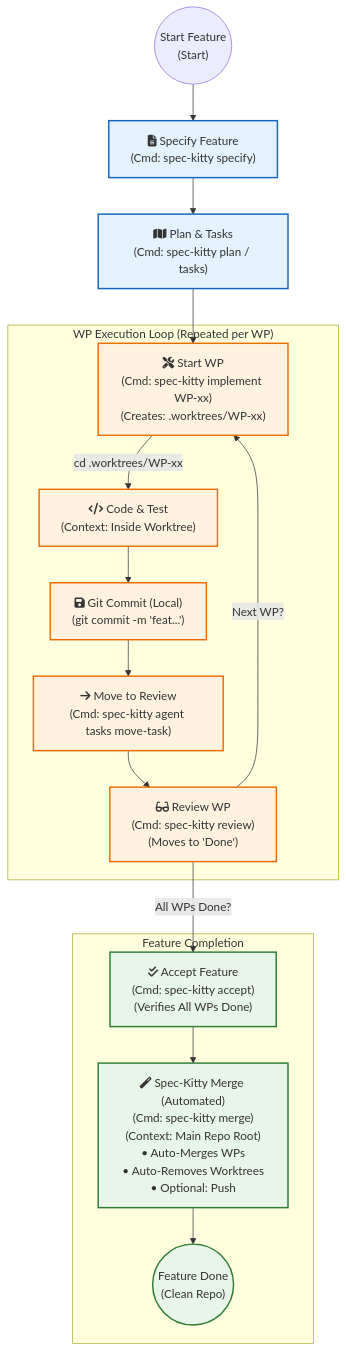
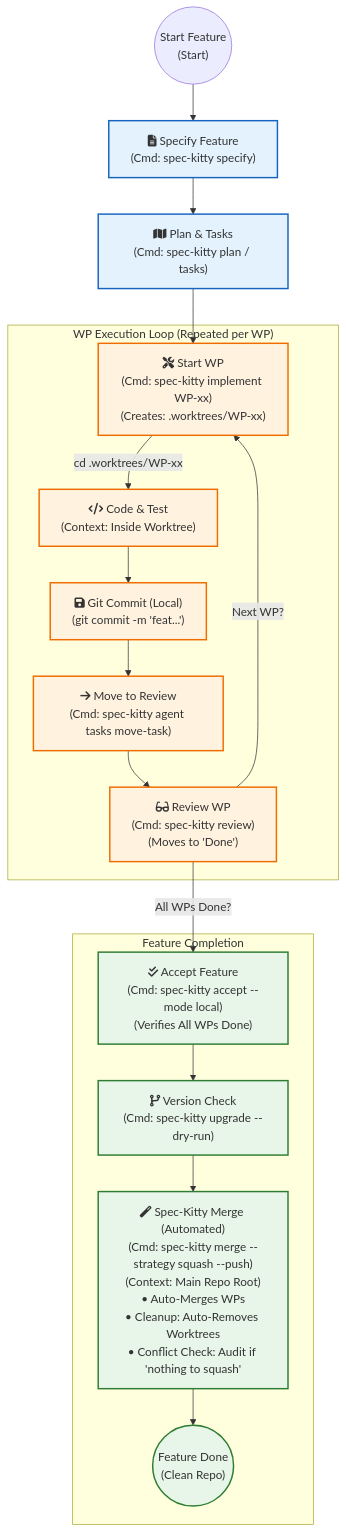
One commit to richfrem/InvestmentToolkit changed the diagram in .agent/docs/kittify/standard-spec-kitty-workflow.mmd. Above: the diagram before and after it, drawn with Mermaid. The commit also changed 2 other files, not shown here.

Commit message:
docs(workflow): encode lesson learned in skill and diagrams

```diff
--- a/.agent/docs/kittify/standard-spec-kitty-workflow.mmd
+++ b/.agent/docs/kittify/standard-spec-kitty-workflow.mmd
@@ -1,49 +1,51 @@
 graph TD
     %% Nodes - Feature Level (Start)
     Start(("Start Feature<br>(Start)"))
     Specify["fa:fa-file-alt Specify Feature<br>(Cmd: spec-kitty specify)"]
     Plan["fa:fa-map Plan & Tasks<br>(Cmd: spec-kitty plan / tasks)"]
     
     %% Nodes - WP Level (Loop)
     subgraph WP_Loop["WP Execution Loop (Repeated per WP)"]
         Implement["fa:fa-tools Start WP<br>(Cmd: spec-kitty implement WP-xx)<br>(Creates: .worktrees/WP-xx)"]
         Code["fa:fa-code Code & Test<br>(Context: Inside Worktree)"]
         Commit["fa:fa-save Git Commit (Local)<br>(git commit -m 'feat...')"]
         MoveReview["fa:fa-arrow-right Move to Review<br>(Cmd: spec-kitty agent tasks move-task)"]
         Review["fa:fa-glasses Review WP<br>(Cmd: spec-kitty review)<br>(Moves to 'Done')"]
     end
 
     %% Nodes - Feature Level (End)
     subgraph Completion["Feature Completion"]
-        Accept["fa:fa-check-double Accept Feature<br>(Cmd: spec-kitty accept)<br>(Verifies All WPs Done)"]
-        Merge["fa:fa-magic Spec-Kitty Merge (Automated)<br>(Cmd: spec-kitty merge)<br>(Context: Main Repo Root)<br>• Auto-Merges WPs<br>• Auto-Removes Worktrees<br>• Optional: Push"]
+        VersionCheck["fa:fa-code-branch Version Check<br>(Cmd: spec-kitty upgrade --dry-run)"]
+        Accept["fa:fa-check-double Accept Feature<br>(Cmd: spec-kitty accept --mode local)<br>(Verifies All WPs Done)"]
+        Merge["fa:fa-magic Spec-Kitty Merge (Automated)<br>(Cmd: spec-kitty merge --strategy squash --push)<br>(Context: Main Repo Root)<br>• Auto-Merges WPs<br>• Cleanup: Auto-Removes Worktrees<br>• Conflict Check: Audit if 'nothing to squash'"]
         End(("Feature Done<br>(Clean Repo)"))
     end
 
     %% Flow
     Start --> Specify
     Specify --> Plan
     Plan --> Implement
     
     %% Loop Logic
     Implement -->|cd .worktrees/WP-xx| Code
     Code --> Commit
     Commit --> MoveReview
     MoveReview --> Review
     
     %% Iterate or Finish
     Review -->|Next WP?| Implement
     Review -->|All WPs Done?| Accept
     
     %% Finalization
-    Accept --> Merge
+    Accept --> VersionCheck
+    VersionCheck --> Merge
     Merge --> End
 
     %% Styles
     classDef feature fill:#e3f2fd,stroke:#1565c0,stroke-width:2px;
     classDef wp fill:#fff3e0,stroke:#ef6c00,stroke-width:2px;
     classDef done fill:#e8f5e9,stroke:#2e7d32,stroke-width:2px;
 
     class Specify,Plan feature;
     class Implement,Code,Commit,MoveReview,Review wp;
-    class Accept,Merge,End done;
+    class Accept,Merge,End,VersionCheck done;
```
